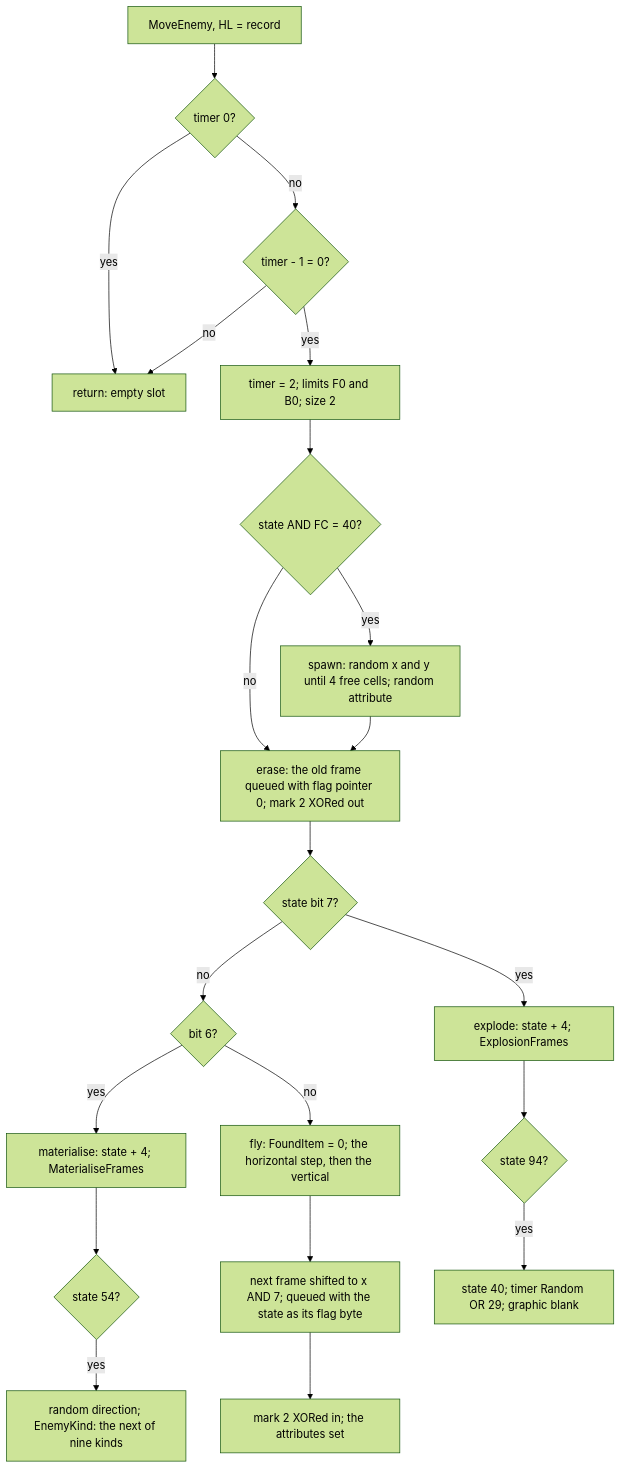
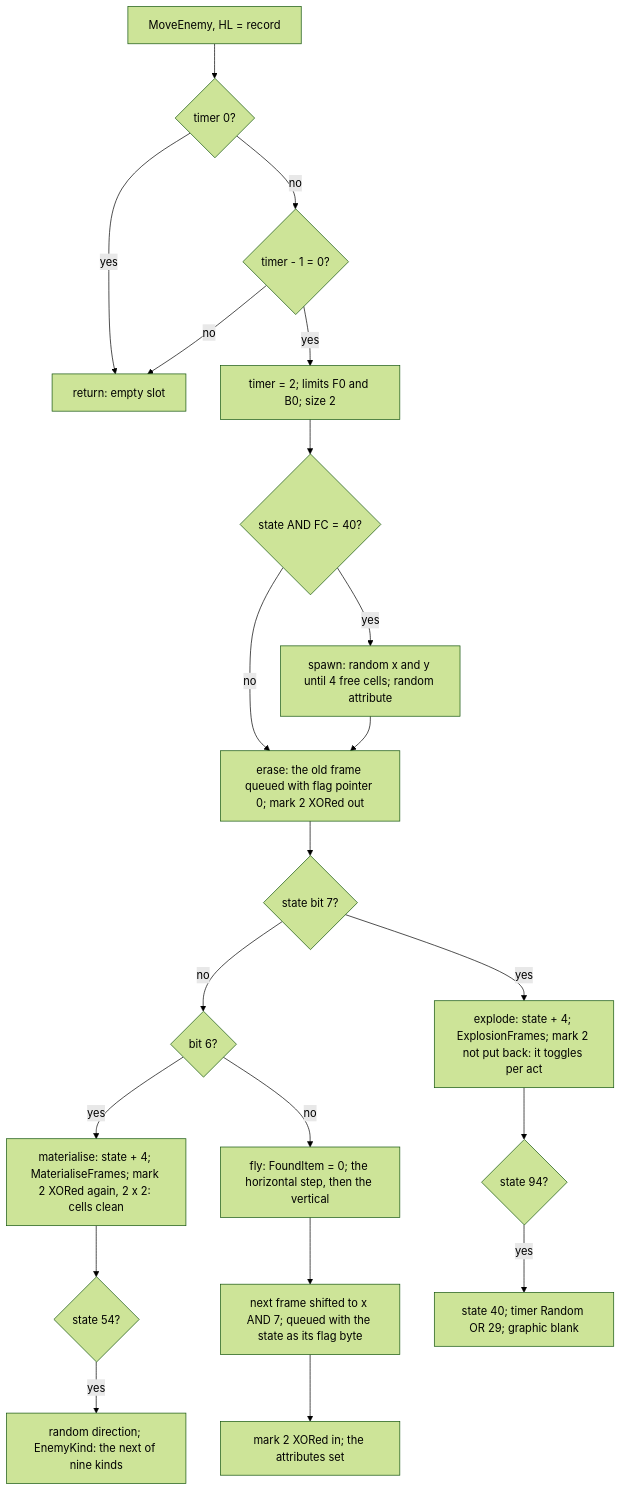
The seventh of 14 diagrams in games/tujad/docs/07-objects.md (alfishe/unrealng-reverse-cases), drawn with Mermaid (forest theme) before and after one commit. The commit also changed other lines of this file and 32 other files, not shown here.

````diff
--- a/games/tujad/docs/07-objects.md
+++ b/games/tujad/docs/07-objects.md
@@ -536,23 +536,23 @@
 ```mermaid
 flowchart TD
     A[MoveEnemy, HL = record] --> T{timer 0?}
     T -- yes --> R[return: empty slot]
     T -- no --> D{timer - 1 = 0?}
     D -- no --> R
     D -- yes --> L[timer = 2; limits F0 and B0; size 2]
     L --> W{state AND FC = 40?}
     W -- yes --> SP[spawn: random x and y until 4 free cells; random attribute]
     W -- no --> ER
     SP --> ER[erase: the old frame queued with flag pointer 0; mark 2 XORed out]
     ER --> H{state bit 7?}
-    H -- yes --> EX[explode: state + 4; ExplosionFrames]
+    H -- yes --> EX[explode: state + 4; ExplosionFrames; mark 2 not put back: it toggles per act]
     H -- no --> M{bit 6?}
-    M -- yes --> MA[materialise: state + 4; MaterialiseFrames]
+    M -- yes --> MA[materialise: state + 4; MaterialiseFrames; mark 2 XORed again, 2 x 2: cells clean]
     M -- no --> FL[fly: FoundItem = 0; the horizontal step, then the vertical]
     FL --> DR[next frame shifted to x AND 7; queued with the state as its flag byte]
     DR --> MK[mark 2 XORed in; the attributes set]
     MA --> E54{state 54?}
     E54 -- yes --> KD[random direction; EnemyKind: the next of nine kinds]
     EX --> E94{state 94?}
     E94 -- yes --> WT[state 40; timer Random OR 29; graphic blank]
 ```
````
